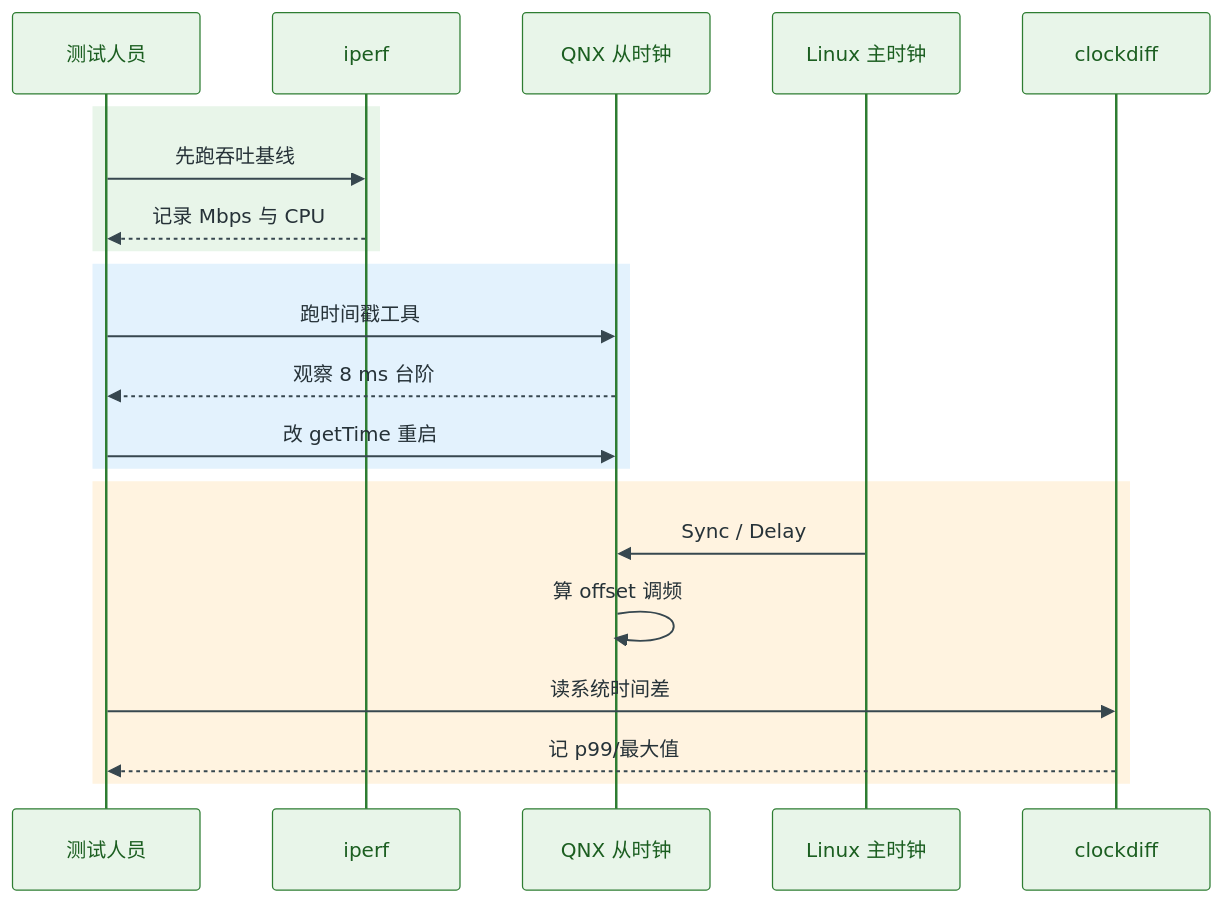
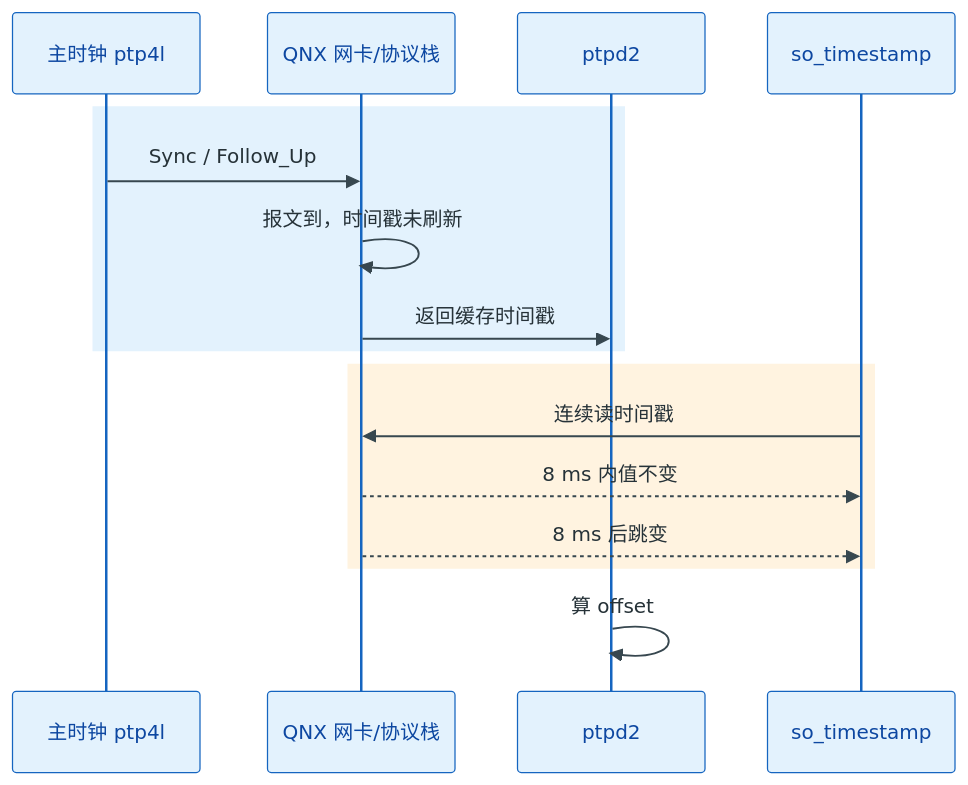
One commit to DeguiLiu/tech-notes changed the third of 3 diagrams in content/posts/performance/qnx_ptpd_time_sync_accuracy.md. Above: the diagram before and after it, drawn with Mermaid. The commit also changed other lines of this file and 1 other file, not shown here.

Commit message:
story-docs(blog): republish QNX PTPD post with revised intro

````diff
--- a/content/posts/performance/qnx_ptpd_time_sync_accuracy.md
+++ b/content/posts/performance/qnx_ptpd_time_sync_accuracy.md
@@ -283,25 +141,20 @@
 ```mermaid
-%%{init: {"theme":"base","themeVariables":{"actorBkg":"#E8F5E9","actorBorder":"#2E7D32","actorTextColor":"#1B5E20","signalColor":"#37474F","signalTextColor":"#263238","noteBkgColor":"#FFF8E1","noteBorderColor":"#F9A825","noteTextColor":"#5D4037"}}}%%
+%%{init: {"theme":"base","themeVariables":{"actorBkg":"#E3F2FD","actorBorder":"#1565C0","actorTextColor":"#0D47A1","signalColor":"#37474F","signalTextColor":"#263238","noteBkgColor":"#FFF8E1","noteBorderColor":"#F9A825","noteTextColor":"#5D4037","actorFontSize":"18px","messageFontSize":"18px","noteFontSize":"16px","actorMargin":60,"messageMargin":40,"boxMargin":10,"boxTextMargin":5,"noteMargin":10}}}%%
 sequenceDiagram
-    participant E as 测试人员
-    participant I as iperf
-    participant Q as QNX 从时钟
-    participant M as Linux 主时钟
-    participant C as clockdiff
+    participant M as 主时钟 ptp4l
+    participant N as QNX 网卡/协议栈
+    participant P as ptpd2
+    participant T as so_timestamp
 
-    rect rgb(232, 245, 233)
-    E->>I: 先跑吞吐基线
-    I-->>E: 记录 Mbps 与 CPU
-    end
     rect rgb(227, 242, 253)
-    E->>Q: 跑时间戳工具
-    Q-->>E: 观察 8 ms 台阶
-    E->>Q: 改 getTime 重启
+    M->>N: Sync / Follow_Up
+    N->>N: 报文到，时间戳未刷新
+    N->>P: 返回缓存时间戳
     end
     rect rgb(255, 243, 224)
-    M->>Q: Sync / Delay
-    Q->>Q: 算 offset 调频
-    E->>C: 读系统时间差
-    C-->>E: 记 p99/最大值
+    T->>N: 连续读时间戳
+    N-->>T: 8 ms 内值不变
+    N-->>T: 8 ms 后跳变
     end
+    P->>P: 算 offset
 ```
````
